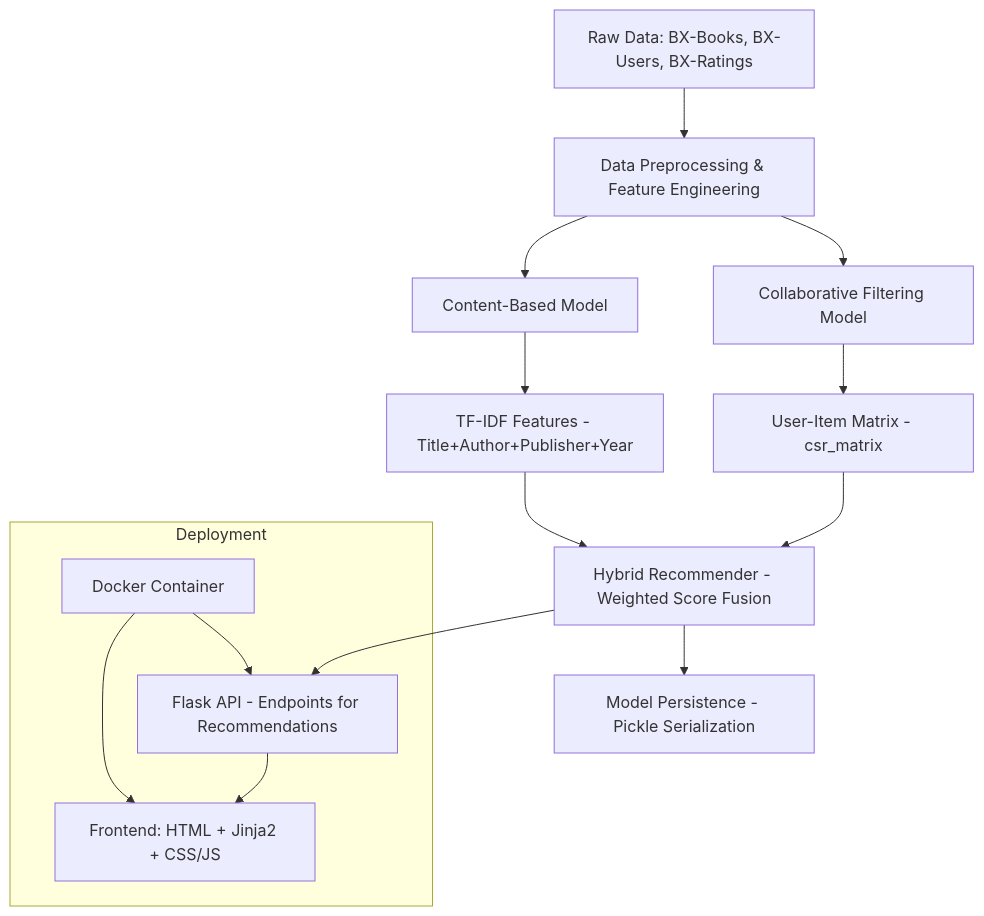
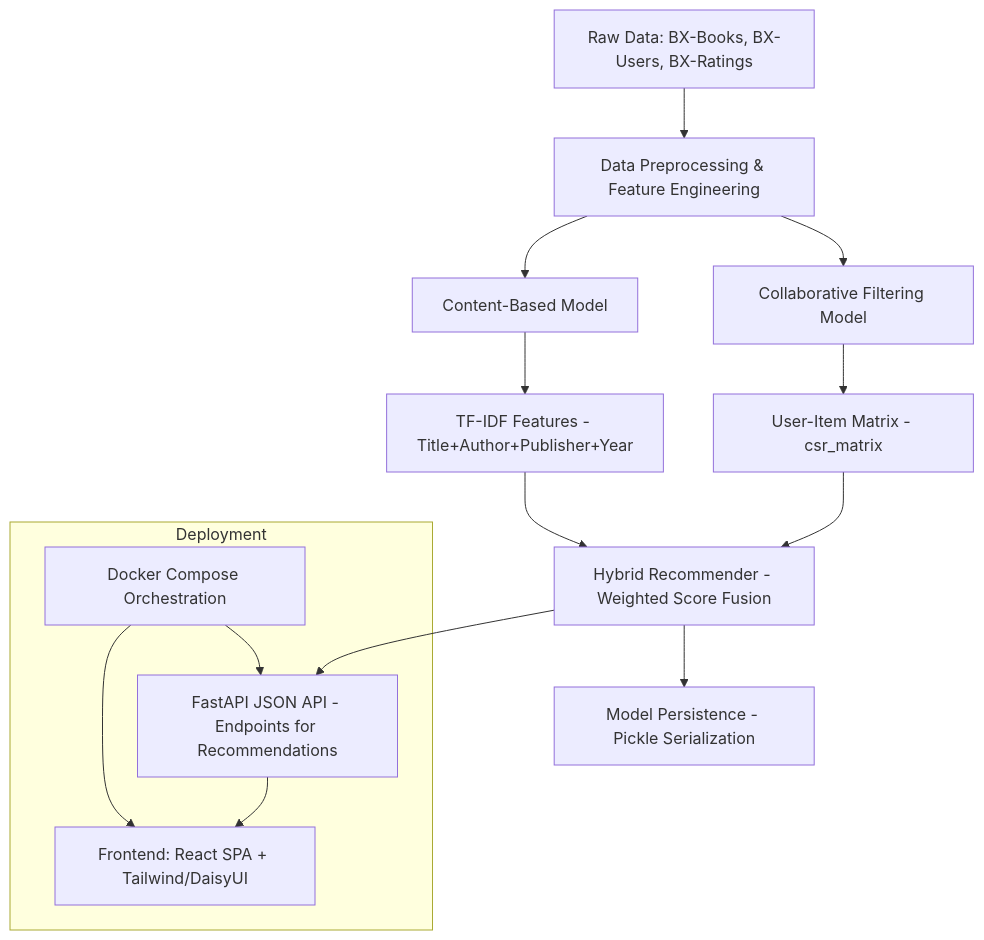
One commit to ZeroPointSix/BookSage-AI changed the diagram in README.md. Above: the diagram before and after it, drawn with Mermaid. The commit also changed other lines of this file and 102 other files, not shown here.

````diff
--- a/README.md
+++ b/README.md
@@ -136,23 +151,23 @@
 ```mermaid
 graph TD
     A[Raw Data: BX-Books, BX-Users, BX-Ratings] --> B[Data Preprocessing & Feature Engineering]
     B --> C[Collaborative Filtering Model]
     B --> D[Content-Based Model]
     
     C --> E[User-Item Matrix - csr_matrix]
     D --> F[TF-IDF Features - Title+Author+Publisher+Year]
     
     E --> G[Hybrid Recommender - Weighted Score Fusion]
     F --> G
     
-    G --> H[Flask API - Endpoints for Recommendations]
-    H --> I[Frontend: HTML + Jinja2 + CSS/JS]
+    G --> H[FastAPI JSON API - Endpoints for Recommendations]
+    H --> I[Frontend: React SPA + Tailwind/DaisyUI]
     
     subgraph Deployment
-        J[Docker Container]
+        J[Docker Compose Orchestration]
         J --> H
         J --> I
     end
     
     G --> K[Model Persistence - Pickle Serialization]
 ```
````
